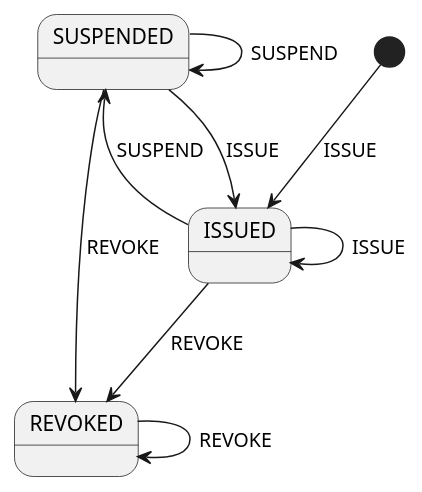
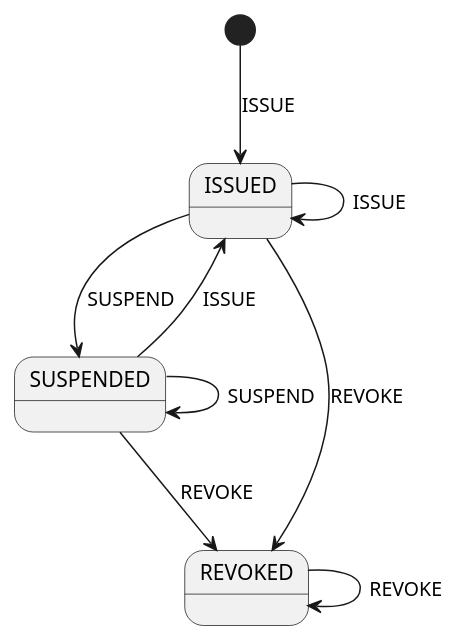
One commit to swiyu-admin-ch/swiyu-issuer changed the diagram in issuer-service/src/main/resources/plantuml/credentialManagementStateMachine.puml. Above: the diagram before and after it, drawn with PlantUML. The commit also changed other lines of this file and 12 other files, not shown here.

```diff
--- a/issuer-service/src/main/resources/plantuml/credentialManagementStateMachine.puml
+++ b/issuer-service/src/main/resources/plantuml/credentialManagementStateMachine.puml
@@ -1,13 +1,13 @@
 @startuml
+state ISSUED
 state SUSPENDED
-state ISSUED
 state REVOKED
 [*] --> ISSUED : ISSUE
 ISSUED --> SUSPENDED : SUSPEND
 ISSUED --> ISSUED : ISSUE
 SUSPENDED --> ISSUED : ISSUE
 ISSUED --> REVOKED : REVOKE
 SUSPENDED --> REVOKED : REVOKE
 REVOKED --> REVOKED : REVOKE
 SUSPENDED --> SUSPENDED : SUSPEND
 @enduml
```
